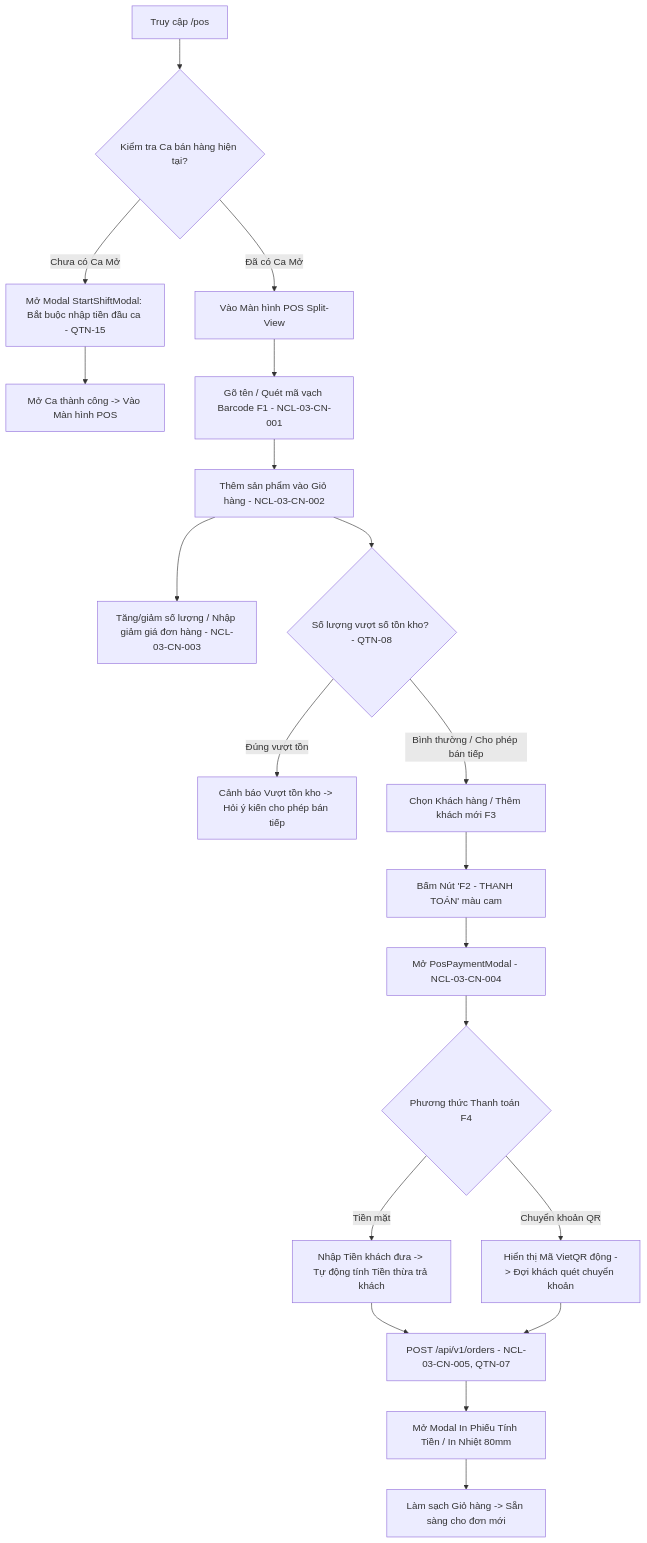
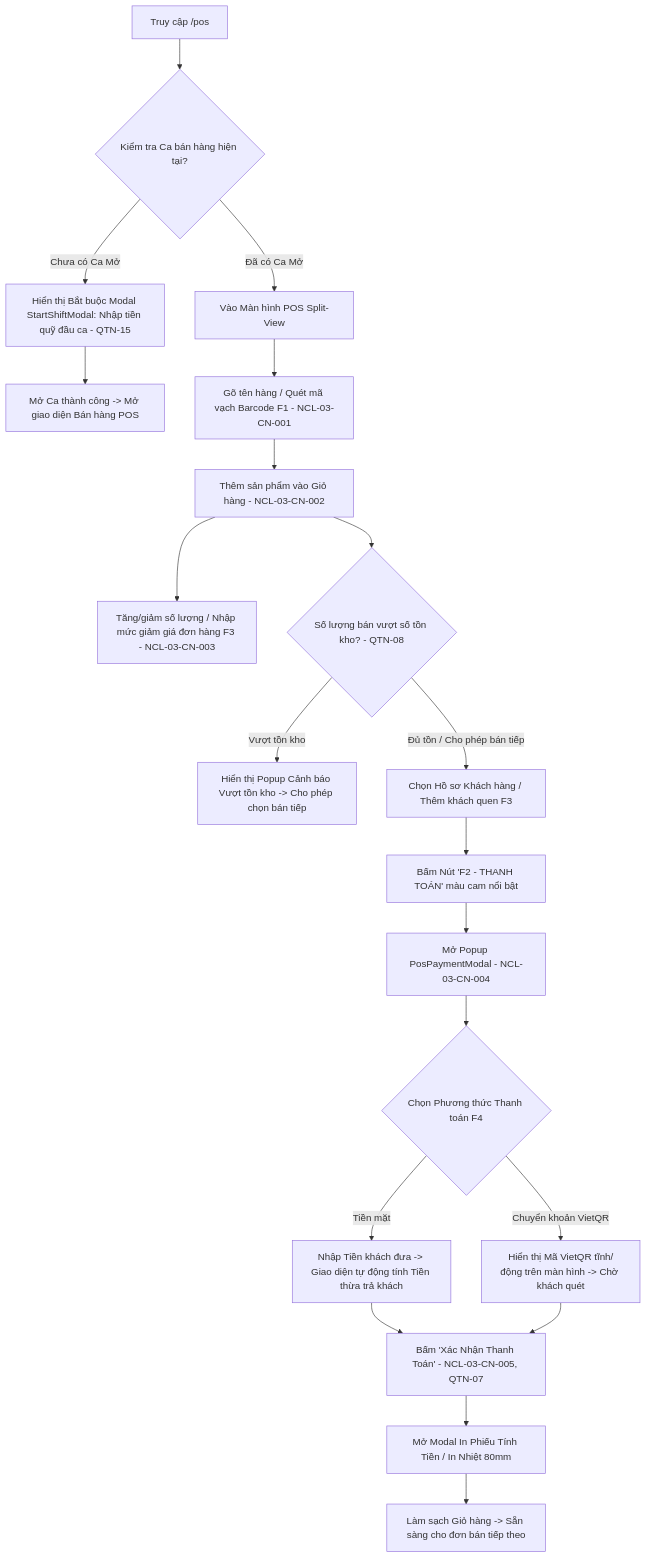
The eighth of 34 diagrams in architecture/full_screen_activity_flows.md (lean1835/BanHangViet), drawn with Mermaid before and after one commit. The commit also changed other lines of this file, not shown here.

Commit message:
refactor(docs): update full_screen_activity_flows to pure UI/UX screen activity flows

````diff
--- a/architecture/full_screen_activity_flows.md
+++ b/architecture/full_screen_activity_flows.md
@@ -257,26 +240,26 @@
 ```mermaid
 flowchart TD
     Start[Truy cập /pos] --> CheckShift{Kiểm tra Ca bán hàng hiện tại?}
-    CheckShift -- Chưa có Ca Mở --> ForceOpenShift[Mở Modal StartShiftModal: Bắt buộc nhập tiền đầu ca - QTN-15]
-    ForceOpenShift --> ShiftOpened[Mở Ca thành công -> Vào Màn hình POS]
+    CheckShift -- Chưa có Ca Mở --> ForceOpenShift[Hiển thị Bắt buộc Modal StartShiftModal: Nhập tiền quỹ đầu ca - QTN-15]
+    ForceOpenShift --> ShiftOpened[Mở Ca thành công -> Mở giao diện Bán hàng POS]
     CheckShift -- Đã có Ca Mở --> IntoPOS[Vào Màn hình POS Split-View]
     
-    IntoPOS --> SearchProduct[Gõ tên / Quét mã vạch Barcode F1 - NCL-03-CN-001]
+    IntoPOS --> SearchProduct[Gõ tên hàng / Quét mã vạch Barcode F1 - NCL-03-CN-001]
     SearchProduct --> AddToCart[Thêm sản phẩm vào Giỏ hàng - NCL-03-CN-002]
-    AddToCart --> EditQty[Tăng/giảm số lượng / Nhập giảm giá đơn hàng - NCL-03-CN-003]
+    AddToCart --> EditQty[Tăng/giảm số lượng / Nhập mức giảm giá đơn hàng F3 - NCL-03-CN-003]
     
-    AddToCart --> CheckStock{Số lượng vượt số tồn kho? - QTN-08}
-    CheckStock -- Đúng vượt tồn --> ShowStockWarning[Cảnh báo Vượt tồn kho -> Hỏi ý kiến cho phép bán tiếp]
-    CheckStock -- Bình thường / Cho phép bán tiếp --> SelectCustomer[Chọn Khách hàng / Thêm khách mới F3]
+    AddToCart --> CheckStock{Số lượng bán vượt số tồn kho? - QTN-08}
+    CheckStock -- Vượt tồn kho --> ShowStockWarning[Hiển thị Popup Cảnh báo Vượt tồn kho -> Cho phép chọn bán tiếp]
+    CheckStock -- Đủ tồn / Cho phép bán tiếp --> SelectCustomer[Chọn Hồ sơ Khách hàng / Thêm khách quen F3]
     
-    SelectCustomer --> ClickPay[Bấm Nút 'F2 - THANH TOÁN' màu cam]
+    SelectCustomer --> ClickPay[Bấm Nút 'F2 - THANH TOÁN' màu cam nổi bật]
     
-    ClickPay --> OpenPayModal[Mở PosPaymentModal - NCL-03-CN-004]
-    OpenPayModal --> ChooseMethod{Phương thức Thanh toán F4}
-    ChooseMethod -- Tiền mặt --> CashPay[Nhập Tiền khách đưa -> Tự động tính Tiền thừa trả khách]
-    ChooseMethod -- Chuyển khoản QR --> QRPay[Hiển thị Mã VietQR động -> Đợi khách quét chuyển khoản]
+    ClickPay --> OpenPayModal[Mở Popup PosPaymentModal - NCL-03-CN-004]
+    OpenPayModal --> ChooseMethod{Chọn Phương thức Thanh toán F4}
+    ChooseMethod -- Tiền mặt --> CashPay[Nhập Tiền khách đưa -> Giao diện tự động tính Tiền thừa trả khách]
+    ChooseMethod -- Chuyển khoản VietQR --> QRPay[Hiển thị Mã VietQR tĩnh/động trên màn hình -> Chờ khách quét]
     
-    CashPay & QRPay --> ConfirmOrder[POST /api/v1/orders - NCL-03-CN-005, QTN-07]
+    CashPay & QRPay --> ConfirmOrder[Bấm 'Xác Nhận Thanh Toán' - NCL-03-CN-005, QTN-07]
     ConfirmOrder --> PrintReceipt[Mở Modal In Phiếu Tính Tiền / In Nhiệt 80mm]
-    PrintReceipt --> ResetPos[Làm sạch Giỏ hàng -> Sẵn sàng cho đơn mới]
+    PrintReceipt --> ResetPos[Làm sạch Giỏ hàng -> Sẵn sàng cho đơn bán tiếp theo]
 ```
````
